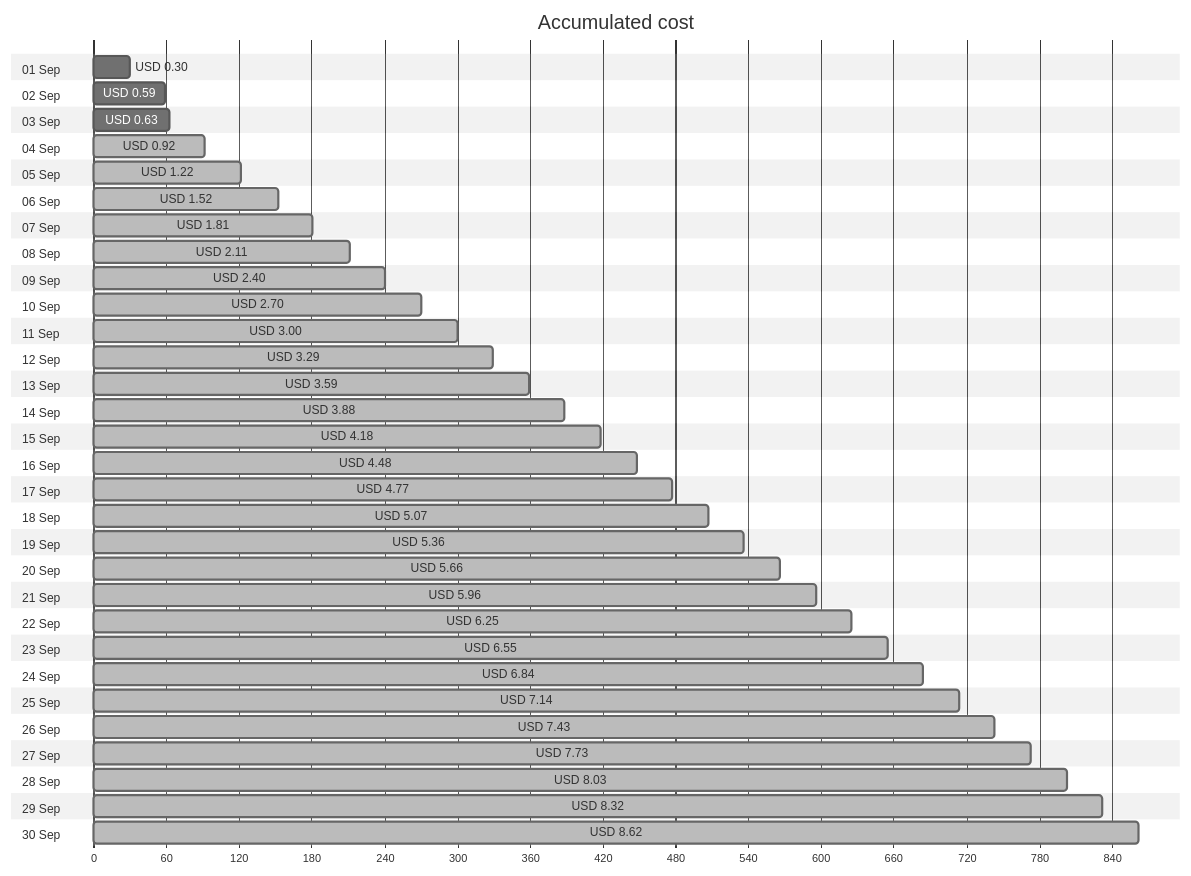
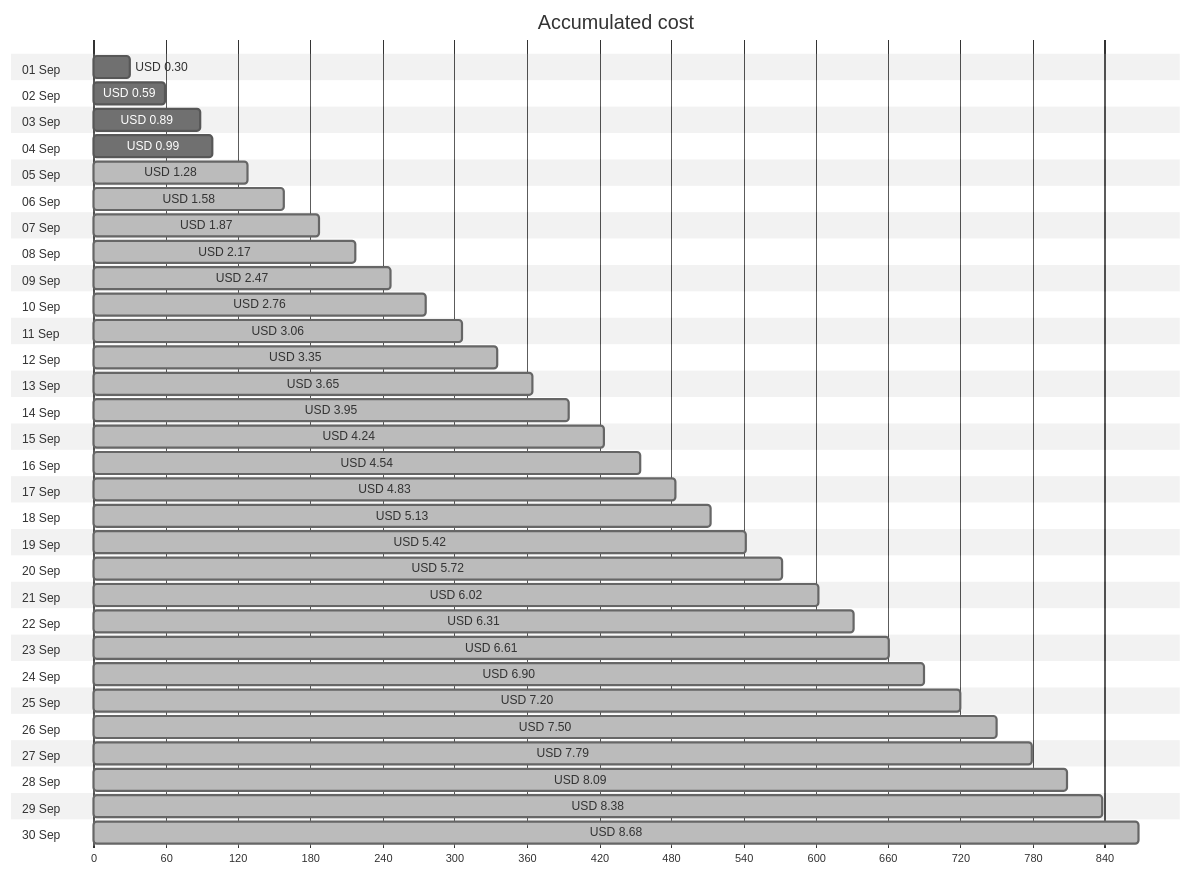
The first of 4 diagrams in cost-reports/personal-site/personal-site-preview.md (jpfulton/azure-personal-reports), drawn with Mermaid (neutral theme) before and after one commit. The commit also changed other lines of this file and 6 other files, not shown here.

````diff
--- a/cost-reports/personal-site/personal-site-preview.md
+++ b/cost-reports/personal-site/personal-site-preview.md
@@ -20,66 +20,66 @@
 ```mermaid
 gantt
    title Accumulated cost
    dateFormat  X
    axisFormat %s
    section 01 Sep
    USD 0.30 :0, 30
    section 02 Sep
    USD 0.59 :0, 59
    section 03 Sep
-   USD 0.63 :0, 63
+   USD 0.89 :0, 89
    section 04 Sep
-   USD 0.92 : done, 0, 92
+   USD 0.99 :0, 99
    section 05 Sep
-   USD 1.22 : done, 0, 122
+   USD 1.28 : done, 0, 128
    section 06 Sep
-   USD 1.52 : done, 0, 152
+   USD 1.58 : done, 0, 158
    section 07 Sep
-   USD 1.81 : done, 0, 181
+   USD 1.87 : done, 0, 187
    section 08 Sep
-   USD 2.11 : done, 0, 211
+   USD 2.17 : done, 0, 217
    section 09 Sep
-   USD 2.40 : done, 0, 240
+   USD 2.47 : done, 0, 247
    section 10 Sep
-   USD 2.70 : done, 0, 270
+   USD 2.76 : done, 0, 276
    section 11 Sep
-   USD 3.00 : done, 0, 300
+   USD 3.06 : done, 0, 306
    section 12 Sep
-   USD 3.29 : done, 0, 329
+   USD 3.35 : done, 0, 335
    section 13 Sep
-   USD 3.59 : done, 0, 359
+   USD 3.65 : done, 0, 365
    section 14 Sep
-   USD 3.88 : done, 0, 388
+   USD 3.95 : done, 0, 395
    section 15 Sep
-   USD 4.18 : done, 0, 418
+   USD 4.24 : done, 0, 424
    section 16 Sep
-   USD 4.48 : done, 0, 448
+   USD 4.54 : done, 0, 454
    section 17 Sep
-   USD 4.77 : done, 0, 477
+   USD 4.83 : done, 0, 483
    section 18 Sep
-   USD 5.07 : done, 0, 507
+   USD 5.13 : done, 0, 513
    section 19 Sep
-   USD 5.36 : done, 0, 536
+   USD 5.42 : done, 0, 542
    section 20 Sep
-   USD 5.66 : done, 0, 566
+   USD 5.72 : done, 0, 572
    section 21 Sep
-   USD 5.96 : done, 0, 596
+   USD 6.02 : done, 0, 602
    section 22 Sep
-   USD 6.25 : done, 0, 625
+   USD 6.31 : done, 0, 631
    section 23 Sep
-   USD 6.55 : done, 0, 655
+   USD 6.61 : done, 0, 661
    section 24 Sep
-   USD 6.84 : done, 0, 684
+   USD 6.90 : done, 0, 690
    section 25 Sep
-   USD 7.14 : done, 0, 714
+   USD 7.20 : done, 0, 720
    section 26 Sep
-   USD 7.43 : done, 0, 743
+   USD 7.50 : done, 0, 750
    section 27 Sep
-   USD 7.73 : done, 0, 773
+   USD 7.79 : done, 0, 779
    section 28 Sep
-   USD 8.03 : done, 0, 803
+   USD 8.09 : done, 0, 809
    section 29 Sep
-   USD 8.32 : done, 0, 832
+   USD 8.38 : done, 0, 838
    section 30 Sep
-   USD 8.62 : done, 0, 862
+   USD 8.68 : done, 0, 868
 ```
````
